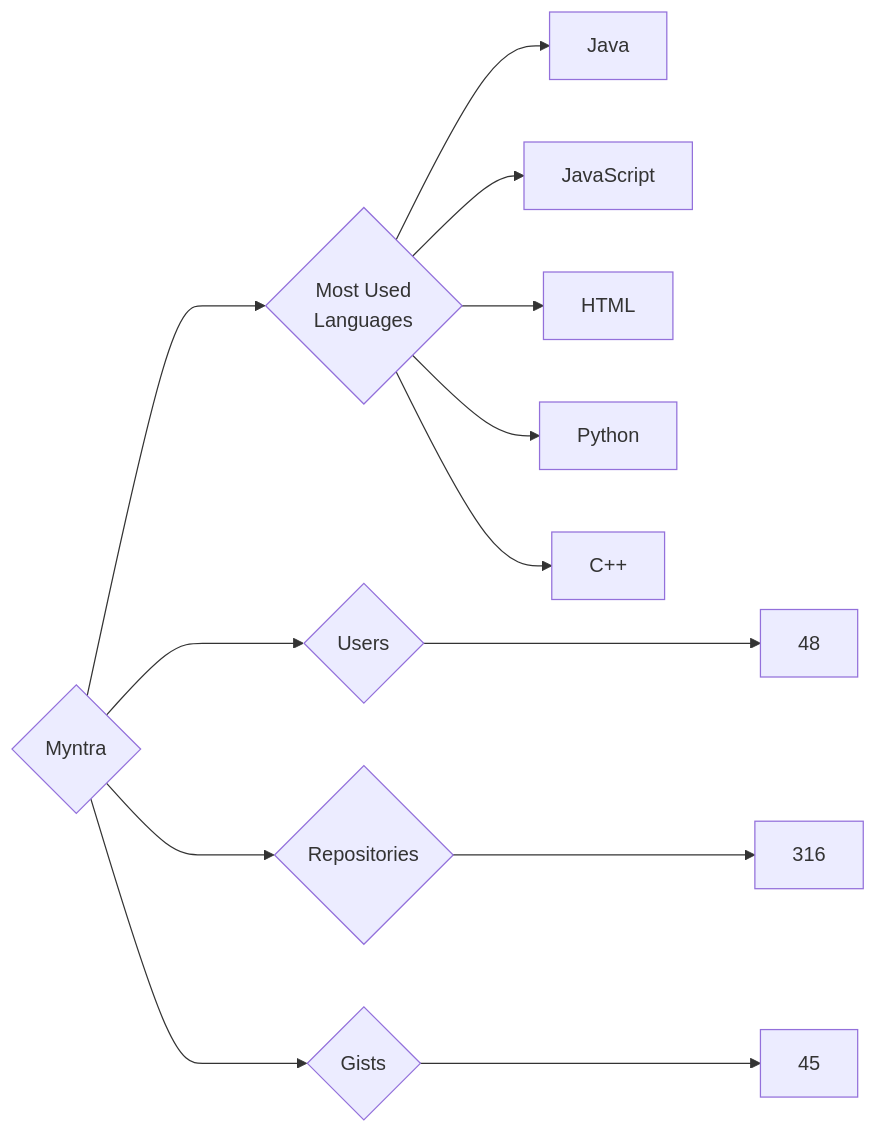
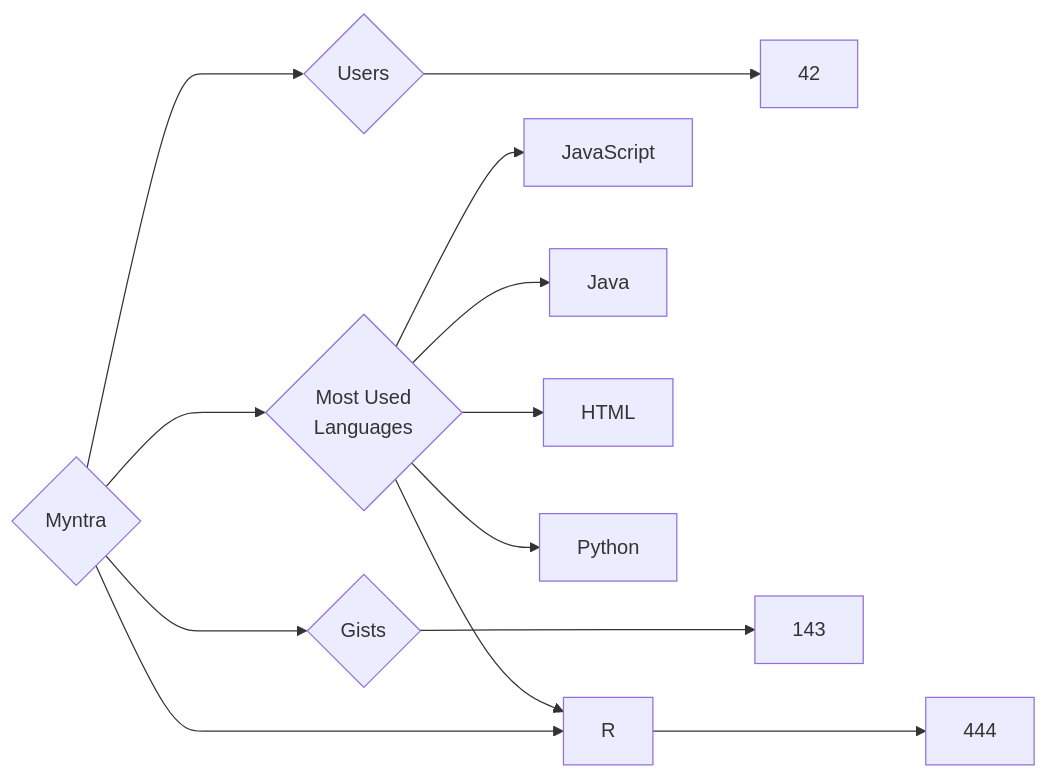
The diagram in targets/Myntra/README.md (trickest/insiders), drawn with Mermaid before and after one commit. The commit also changed 1011 other files, not shown here.

````diff
--- a/targets/Myntra/README.md
+++ b/targets/Myntra/README.md
@@ -3,13 +3,13 @@
 ```mermaid
 graph LR
 COMPANY_NAME{Myntra}
-COMPANY_NAME ---> U{Users} ---> UN[48]
-COMPANY_NAME ---> R{Repositories} ---> RN[316]
-COMPANY_NAME ---> G{Gists} ---> GN[45]
+COMPANY_NAME ---> U{Users} ---> UN[42]
+COMPANY_NAME ---> R{Repositories} ---> RN[444]
+COMPANY_NAME ---> G{Gists} ---> GN[143]
 COMPANY_NAME ---> ML{Most Used<br>Languages}
+ML --> JavaScript[JavaScript]
 ML --> Java[Java]
-ML --> JavaScript[JavaScript]
+ML --> R[R]
 ML --> HTML[HTML]
 ML --> Python[Python]
-ML --> C++[C++]
 ```
````
